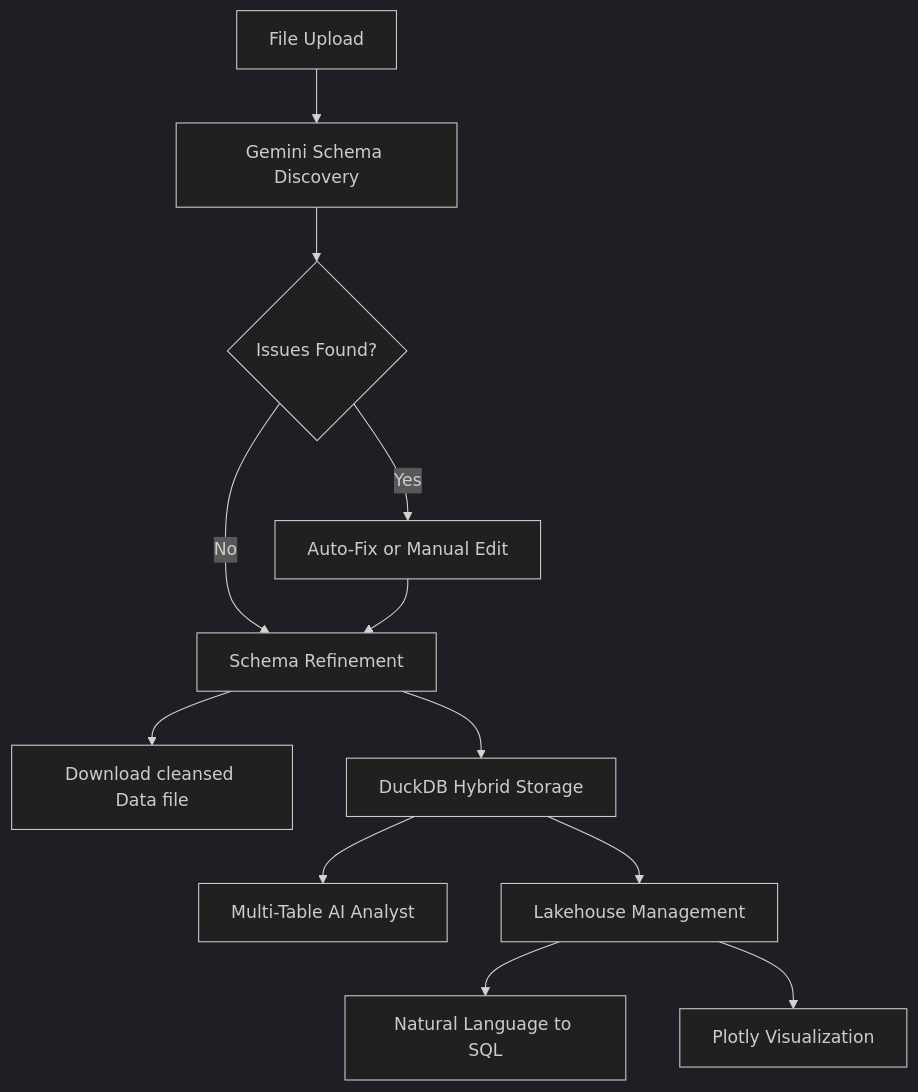
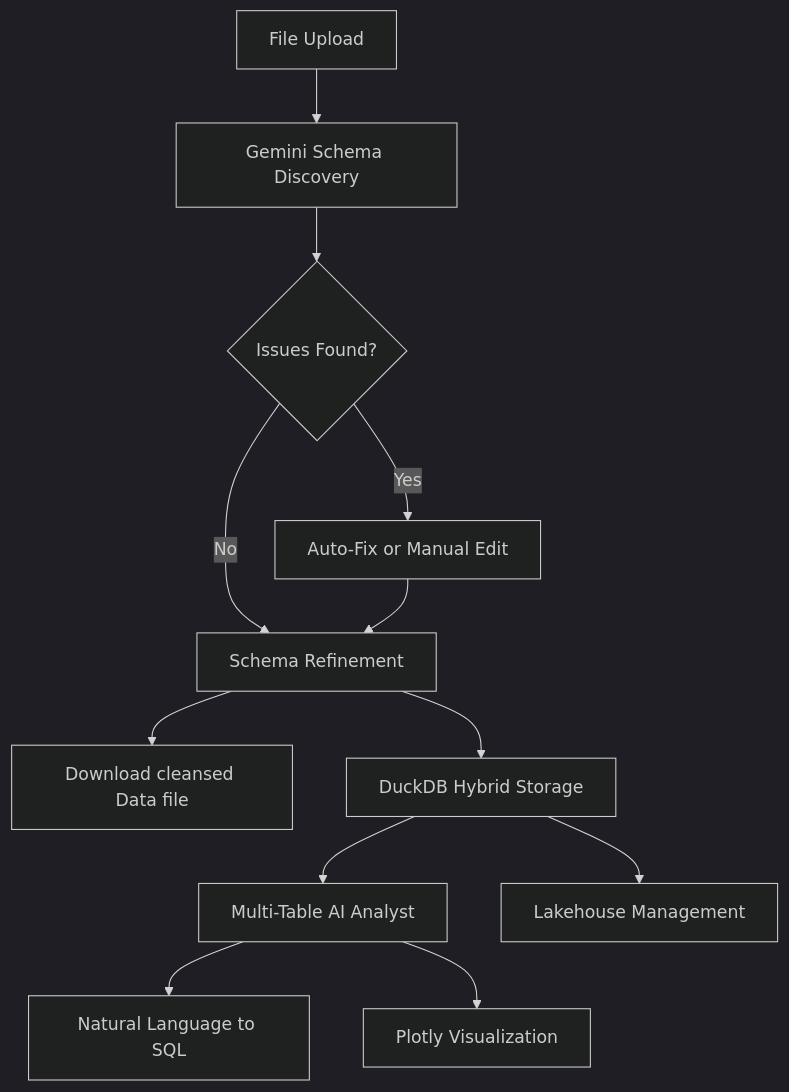
Before and after one commit to MaruthiPavanSurya/intelligent_data_lakehouse_project: the diagram in README.md, drawn with Mermaid (dark theme).

Commit message:
Update flow diagram in README for clarity

````diff
--- a/README.md
+++ b/README.md
@@ -41,14 +41,14 @@
 ```mermaid
 graph TD
     A[File Upload] --> B[Gemini Schema Discovery]
     B --> C{Issues Found?}
     C -->|Yes| D[Auto-Fix or Manual Edit]
     C -->|No| E[Schema Refinement]
     D --> E
     E --> F[Download cleansed Data file]
     E --> G[DuckDB Hybrid Storage]
     G --> H[Multi-Table AI Analyst]
     G --> I[Lakehouse Management]
-    I --> J[Natural Language to SQL]
-    I --> K[Plotly Visualization]
+    H --> J[Natural Language to SQL]
+    H --> K[Plotly Visualization]
 ```
````
